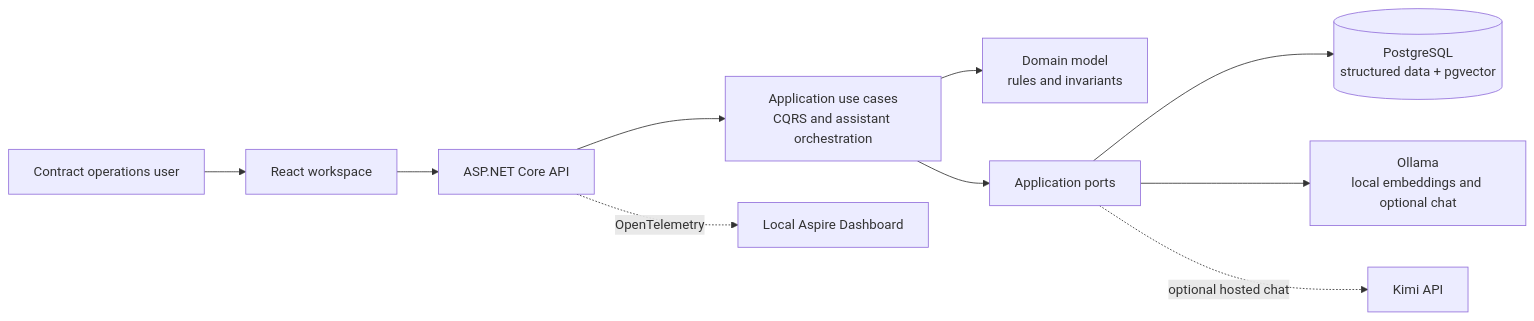
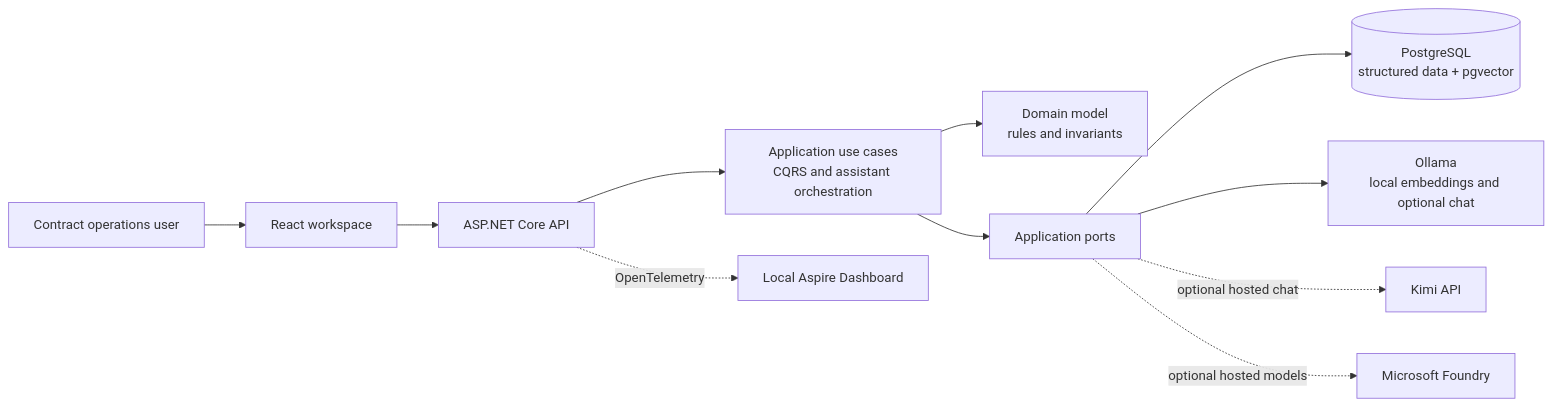
One commit to andreluizleite/ContractIQ changed the diagram in README.md. Above: the diagram before and after it, drawn with Mermaid. The commit also changed other lines of this file and 26 other files, not shown here.

Commit message:
feat(ai): add Microsoft Foundry model adapters (#55)

````diff
--- a/README.md
+++ b/README.md
@@ -38,12 +38,13 @@
 ```mermaid
 flowchart LR
     User[Contract operations user] --> Web[React workspace]
     Web --> Api[ASP.NET Core API]
     Api --> App[Application use cases<br/>CQRS and assistant orchestration]
     App --> Domain[Domain model<br/>rules and invariants]
     App --> Ports[Application ports]
     Ports --> Db[(PostgreSQL<br/>structured data + pgvector)]
     Ports --> Ollama[Ollama<br/>local embeddings and optional chat]
     Ports -. optional hosted chat .-> Kimi[Kimi API]
+    Ports -. optional hosted models .-> Foundry[Microsoft Foundry]
     Api -. OpenTelemetry .-> Aspire[Local Aspire Dashboard]
 ```
````
